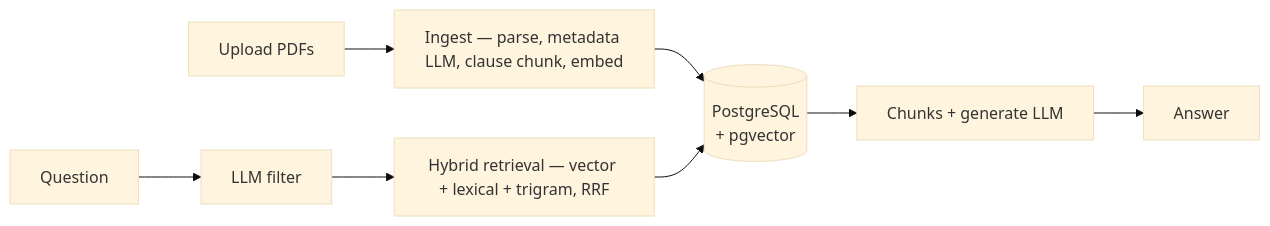
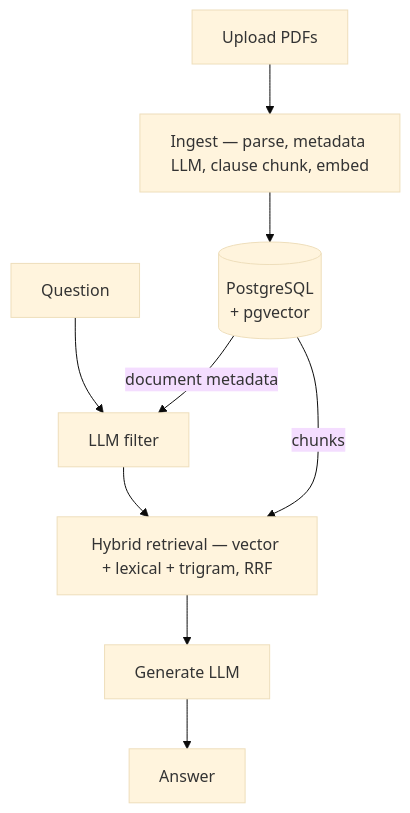
Before and after one commit to amadeuserras/leaseclear: the diagram in README.md, drawn with Mermaid (base theme).

Commit message:
docs: update flowchart in README to improve clarity of system overview and data flow

````diff
--- a/README.md
+++ b/README.md
@@ -18,11 +18,12 @@
 ```mermaid
-flowchart LR
+flowchart TB
   UP["Upload PDFs"] --> ING["Ingest — parse, metadata LLM, clause chunk, embed"]
   ING --> DB[("PostgreSQL<br>+ pgvector")]
 
-  SCOPE["Question"] --> FIL["LLM filter"]
+  Q["Question"] --> FIL["LLM filter"]
+  DB -- "document metadata" --> FIL
   FIL --> RET["Hybrid retrieval — vector + lexical + trigram, RRF"]
-  RET --> DB
-  DB --> GEN["Chunks + generate LLM"]
+  DB -- "chunks" --> RET
+  RET --> GEN["Generate LLM"]
   GEN --> FE["Answer"]
 ```
````
